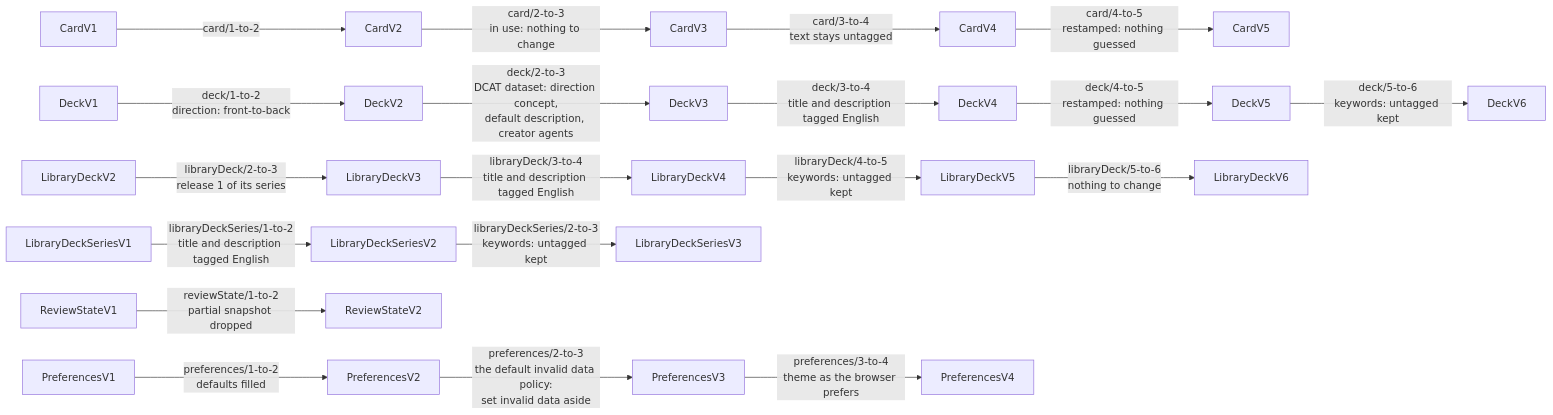
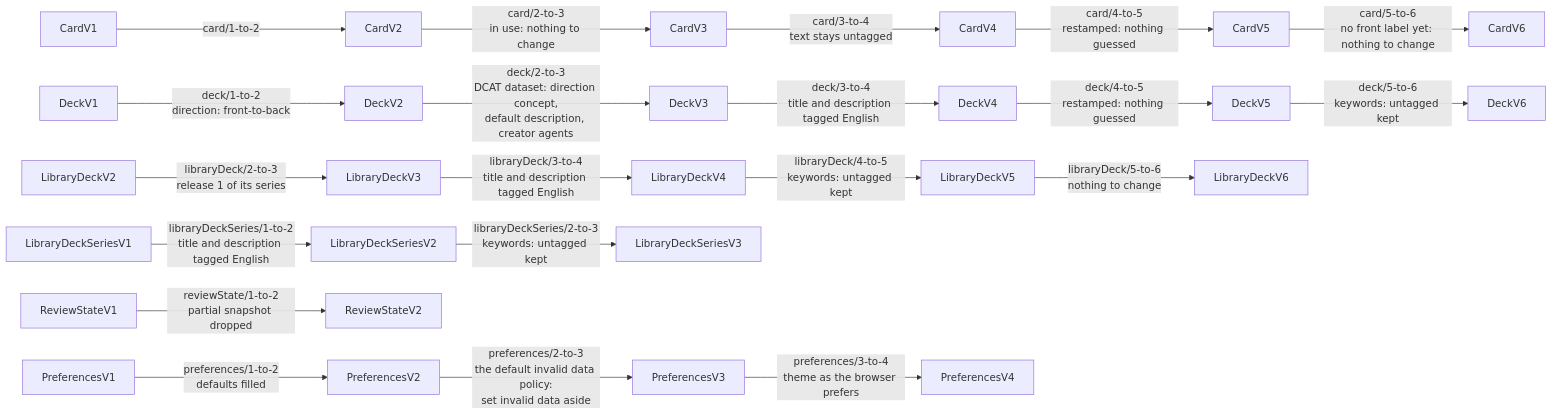
One commit to solid-memo/website changed the first of 3 diagrams in docs/migrations.md. Above: the diagram before and after it, drawn with Mermaid. The commit also changed other lines of this file and 89 other files, not shown here.

````diff
--- a/docs/migrations.md
+++ b/docs/migrations.md
@@ -277,22 +291,23 @@
 ```mermaid
 flowchart LR
     v1["CardV1"] -->|card/1-to-2| v2["CardV2"]
     v2 -->|card/2-to-3<br/>in use: nothing to change| v3["CardV3"]
     v3 -->|card/3-to-4<br/>text stays untagged| v4["CardV4"]
     v4 -->|card/4-to-5<br/>restamped: nothing guessed| v5["CardV5"]
+    v5 -->|card/5-to-6<br/>no front label yet: nothing to change| v6["CardV6"]
     d1["DeckV1"] -->|deck/1-to-2<br/>direction: front-to-back| d2["DeckV2"]
     d2 -->|deck/2-to-3<br/>DCAT dataset: direction concept,<br/>default description, creator agents| d3["DeckV3"]
     d3 -->|deck/3-to-4<br/>title and description tagged English| d4["DeckV4"]
     d4 -->|deck/4-to-5<br/>restamped: nothing guessed| d5["DeckV5"]
     d5 -->|deck/5-to-6<br/>keywords: untagged kept| d6["DeckV6"]
     l2["LibraryDeckV2"] -->|libraryDeck/2-to-3<br/>release 1 of its series| l3["LibraryDeckV3"]
     l3 -->|libraryDeck/3-to-4<br/>title and description tagged English| l4["LibraryDeckV4"]
     l4 -->|libraryDeck/4-to-5<br/>keywords: untagged kept| l5["LibraryDeckV5"]
     l5 -->|libraryDeck/5-to-6<br/>nothing to change| l6["LibraryDeckV6"]
     s1["LibraryDeckSeriesV1"] -->|libraryDeckSeries/1-to-2<br/>title and description tagged English| s2["LibraryDeckSeriesV2"]
     s2 -->|libraryDeckSeries/2-to-3<br/>keywords: untagged kept| s3["LibraryDeckSeriesV3"]
     r1["ReviewStateV1"] -->|reviewState/1-to-2<br/>partial snapshot dropped| r2["ReviewStateV2"]
     p1["PreferencesV1"] -->|preferences/1-to-2<br/>defaults filled| p2["PreferencesV2"]
     p2 -->|preferences/2-to-3<br/>the default invalid data policy:<br/>set invalid data aside| p3["PreferencesV3"]
     p3 -->|preferences/3-to-4<br/>theme as the browser prefers| p4["PreferencesV4"]
 ```
````
